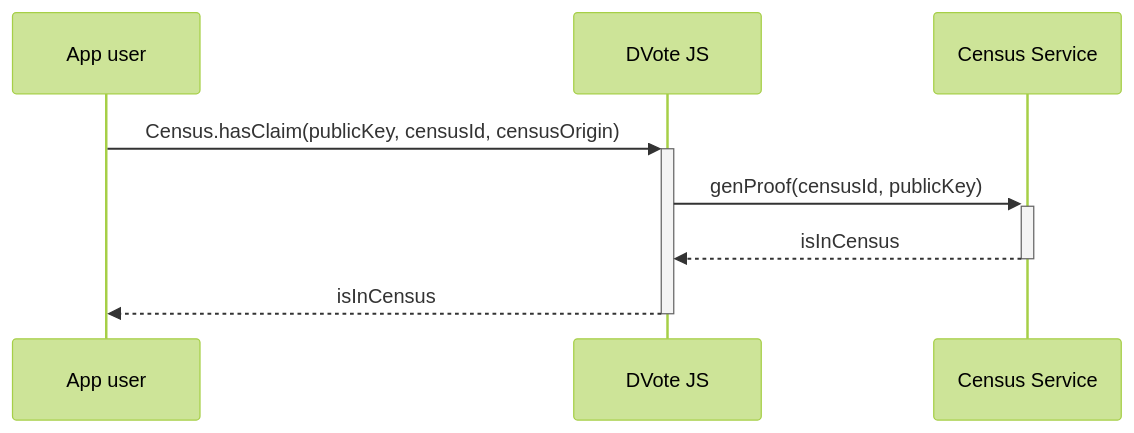
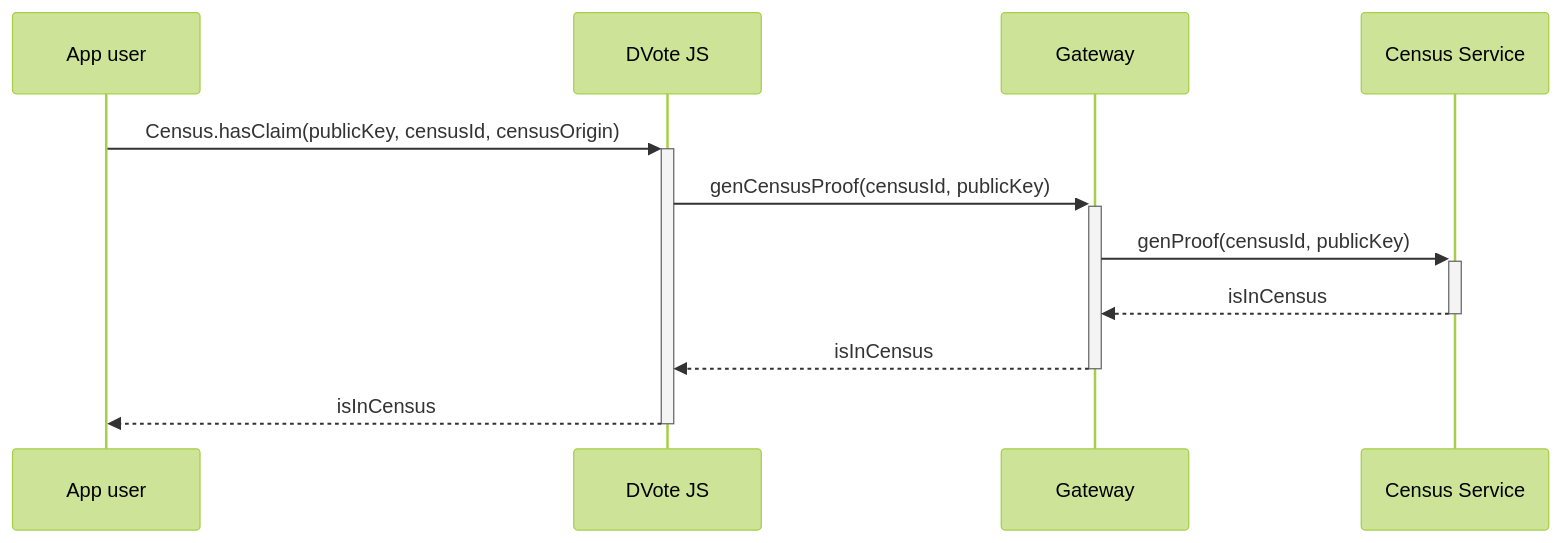
The ninth of 15 diagrams in docs/protocol/sequence-diagrams.md (vocdoni/docs), drawn with Mermaid (forest theme) before and after one commit. The commit also changed other lines of this file, not shown here.

Commit message:
modified sequence diagrams to include gateway dependency

````diff
--- a/docs/protocol/sequence-diagrams.md
+++ b/docs/protocol/sequence-diagrams.md
@@ -307,13 +340,16 @@
 ```mermaid
 sequenceDiagram
     participant App as App user
     participant DV as DVote JS
+    participant GW as Gateway
     participant CS as Census Service
 
     App->>+DV: Census.hasClaim(publicKey, censusId, censusOrigin)
 
-        DV->>+CS: genProof(censusId, publicKey)
-        CS-->>-DV: isInCensus
+        DV->>+GW: genCensusProof(censusId, publicKey)
+        GW->>+CS: genProof(censusId, publicKey)
+        CS-->>-GW: isInCensus
+        GW-->>-DV: isInCensus
 
     DV-->>-App: isInCensus
 ```
````
